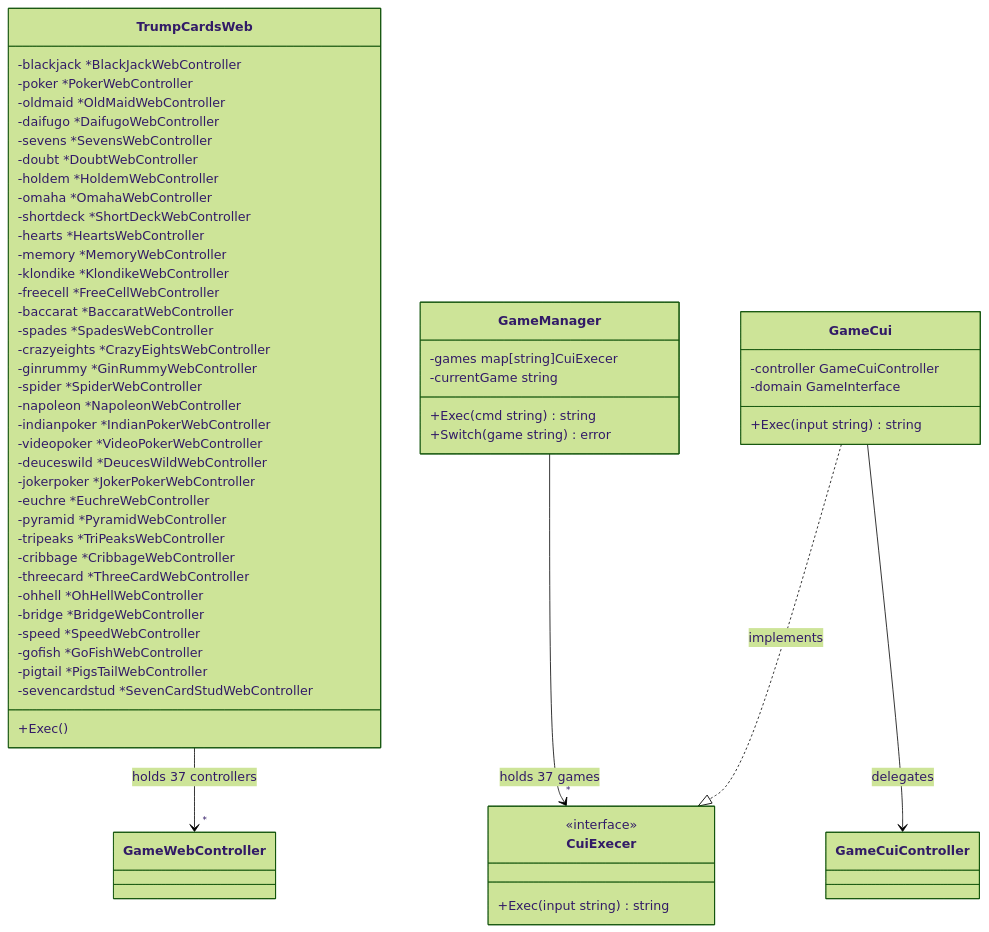
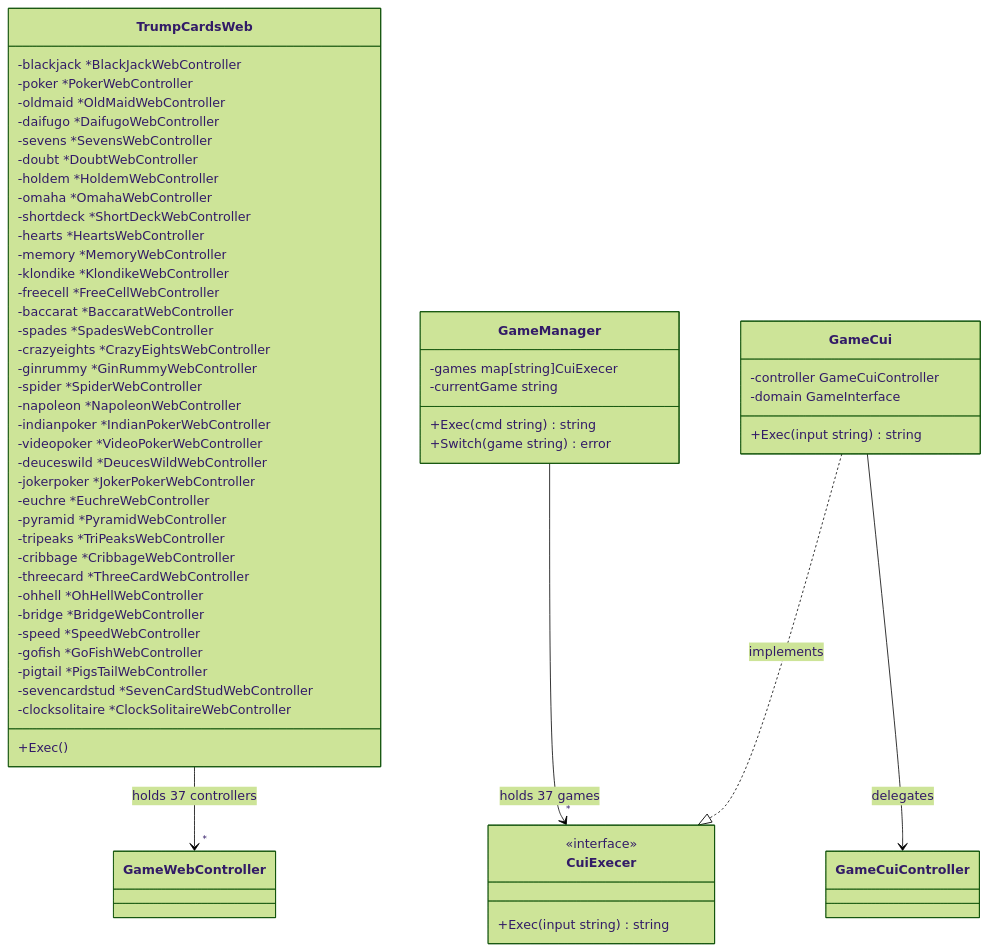
Before and after one commit to yuta-yoshinaga/go_trumpcards: diagram 12 of 50 in docs/design/backend.md, drawn with Mermaid (forest theme). The commit also changed other lines of this file and 50 other files, not shown here.

First line of the commit message:
feat: add Clock Solitaire (クロックソリティア)

````diff
--- a/docs/design/backend.md
+++ b/docs/design/backend.md
@@ -1192,63 +1210,64 @@
 ```mermaid
 classDiagram
     class TrumpCardsWeb {
         -blackjack *BlackJackWebController
         -poker *PokerWebController
         -oldmaid *OldMaidWebController
         -daifugo *DaifugoWebController
         -sevens *SevensWebController
         -doubt *DoubtWebController
         -holdem *HoldemWebController
         -omaha *OmahaWebController
         -shortdeck *ShortDeckWebController
         -hearts *HeartsWebController
         -memory *MemoryWebController
         -klondike *KlondikeWebController
         -freecell *FreeCellWebController
         -baccarat *BaccaratWebController
         -spades *SpadesWebController
         -crazyeights *CrazyEightsWebController
         -ginrummy *GinRummyWebController
         -spider *SpiderWebController
         -napoleon *NapoleonWebController
         -indianpoker *IndianPokerWebController
         -videopoker *VideoPokerWebController
         -deuceswild *DeucesWildWebController
         -jokerpoker *JokerPokerWebController
         -euchre *EuchreWebController
         -pyramid *PyramidWebController
         -tripeaks *TriPeaksWebController
         -cribbage *CribbageWebController
         -threecard *ThreeCardWebController
         -ohhell *OhHellWebController
         -bridge *BridgeWebController
         -speed *SpeedWebController
         -gofish *GoFishWebController
         -pigtail *PigsTailWebController
         -sevencardstud *SevenCardStudWebController
+        -clocksolitaire *ClockSolitaireWebController
         +Exec()
     }
 
     class GameManager {
         -games map[string]CuiExecer
         -currentGame string
         +Exec(cmd string) string
         +Switch(game string) error
     }
 
     class CuiExecer {
         <<interface>>
         +Exec(input string) string
     }
 
     class GameCui {
         -controller GameCuiController
         -domain GameInterface
         +Exec(input string) string
     }
 
     TrumpCardsWeb --> "*" GameWebController : holds 37 controllers
     GameManager --> "*" CuiExecer : holds 37 games
     GameCui ..|> CuiExecer : implements
     GameCui --> GameCuiController : delegates
 ```
````
